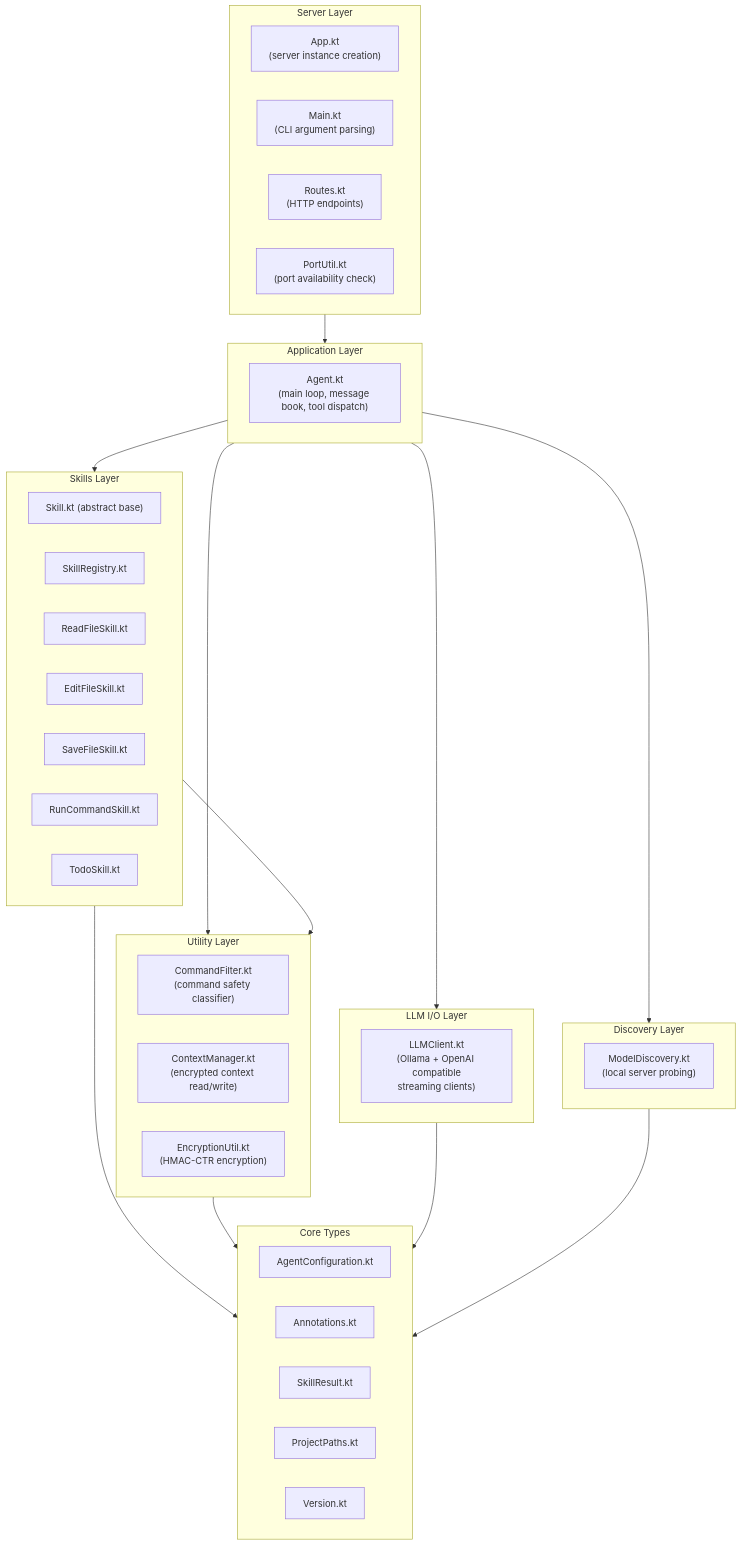
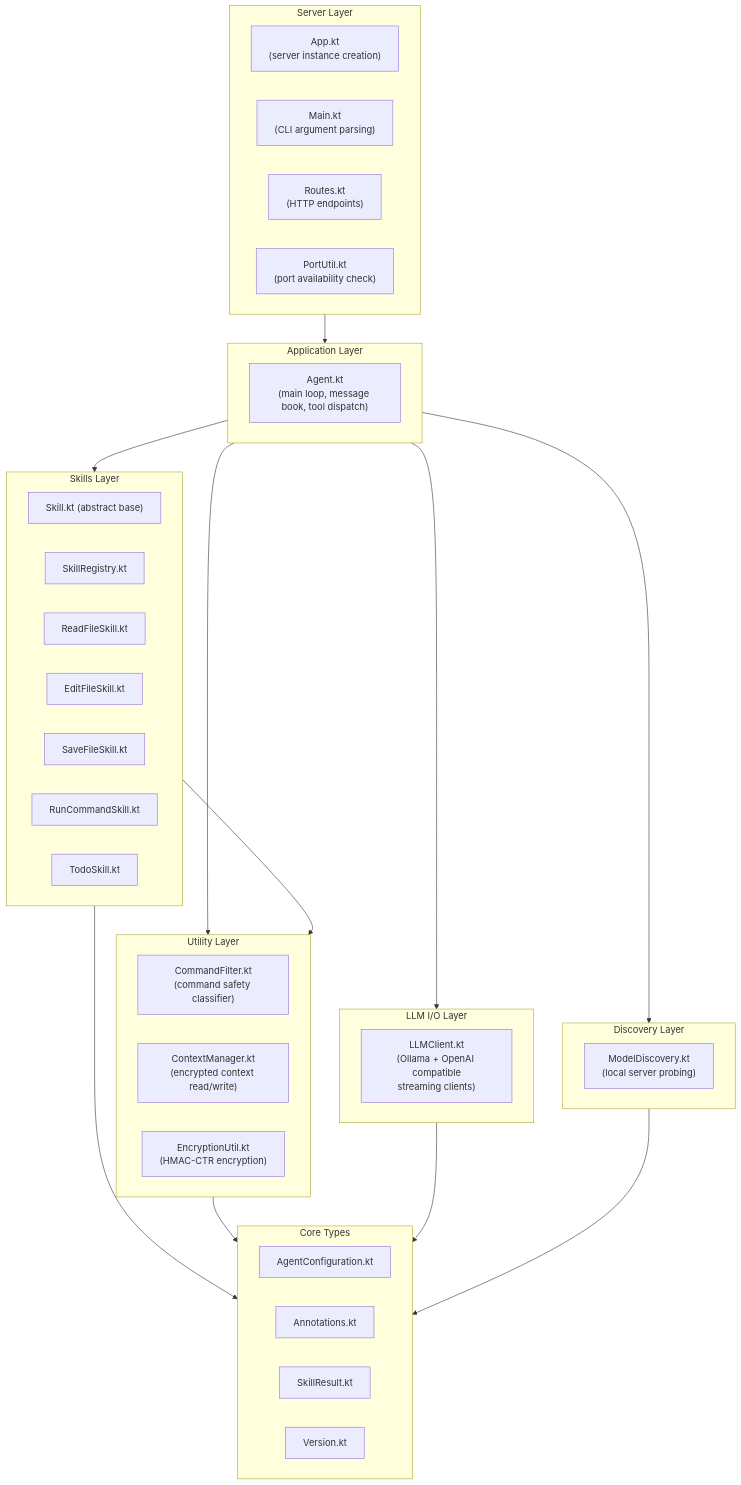
One commit to lg841226/Gradum changed the first of 28 diagrams in docs/ARCHITECTURE.md. Above: the diagram before and after it, drawn with Mermaid. The commit also changed other lines of this file and 185 other files, not shown here.

````diff
--- a/docs/ARCHITECTURE.md
+++ b/docs/ARCHITECTURE.md
@@ -99,57 +99,56 @@
 ```mermaid
 flowchart TB
     subgraph SERVER["Server Layer"]
         direction LR
         S1["App.kt<br/>(server instance creation)"]
         S2["Main.kt<br/>(CLI argument parsing)"]
         S3["Routes.kt<br/>(HTTP endpoints)"]
         S4["PortUtil.kt<br/>(port availability check)"]
     end
 
     subgraph APP["Application Layer"]
         A1["Agent.kt<br/>(main loop, message book, tool dispatch)"]
     end
 
     subgraph LLM["LLM I/O Layer"]
         L1["LLMClient.kt<br/>(Ollama + OpenAI compatible<br/>streaming clients)"]
     end
 
     subgraph DISCOVERY["Discovery Layer"]
         D1["ModelDiscovery.kt<br/>(local server probing)"]
     end
 
     subgraph SKILLS["Skills Layer"]
         SK1["Skill.kt (abstract base)"]
         SK2["SkillRegistry.kt"]
         SK3["ReadFileSkill.kt"]
         SK4["EditFileSkill.kt"]
         SK5["SaveFileSkill.kt"]
         SK6["RunCommandSkill.kt"]
         SK7["TodoSkill.kt"]
     end
 
     subgraph UTIL["Utility Layer"]
         U1["CommandFilter.kt<br/>(command safety classifier)"]
         U2["ContextManager.kt<br/>(encrypted context read/write)"]
         U3["EncryptionUtil.kt<br/>(HMAC-CTR encryption)"]
     end
 
     subgraph CORE["Core Types"]
         C1["AgentConfiguration.kt"]
         C2["Annotations.kt"]
         C3["SkillResult.kt"]
-        C4["ProjectPaths.kt"]
-        C5["Version.kt"]
+        C4["Version.kt"]
     end
 
     SERVER --> APP
     APP --> LLM
     APP --> DISCOVERY
     APP --> SKILLS
     APP --> UTIL
     SKILLS --> UTIL
     SKILLS --> CORE
     UTIL --> CORE
     LLM --> CORE
     DISCOVERY --> CORE
 ```
````
